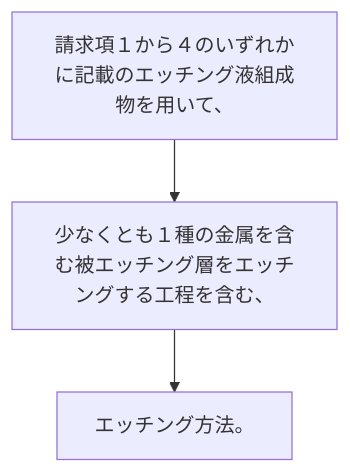
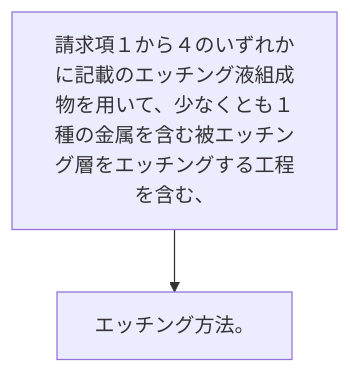
One commit to shinmori55/patent_analyzed changed the diagram in 2024/JP2024002670A/claim_5/README.md. Above: the diagram before and after it, drawn with Mermaid. The commit also changed 31 other files, not shown here.

````diff
--- a/2024/JP2024002670A/claim_5/README.md
+++ b/2024/JP2024002670A/claim_5/README.md
@@ -2,8 +2,6 @@
 ```mermaid
 flowchart TD
-A[請求項１から４のいずれかに記載のエッチング液組成物を用いて、]
-B[少なくとも１種の金属を含む被エッチング層をエッチングする工程を含む、]
-C[エッチング方法。]
+A[請求項１から４のいずれかに記載のエッチング液組成物を用いて、少なくとも１種の金属を含む被エッチング層をエッチングする工程を含む、]
+B[エッチング方法。]
 A --> B
-B --> C
 ```
````
